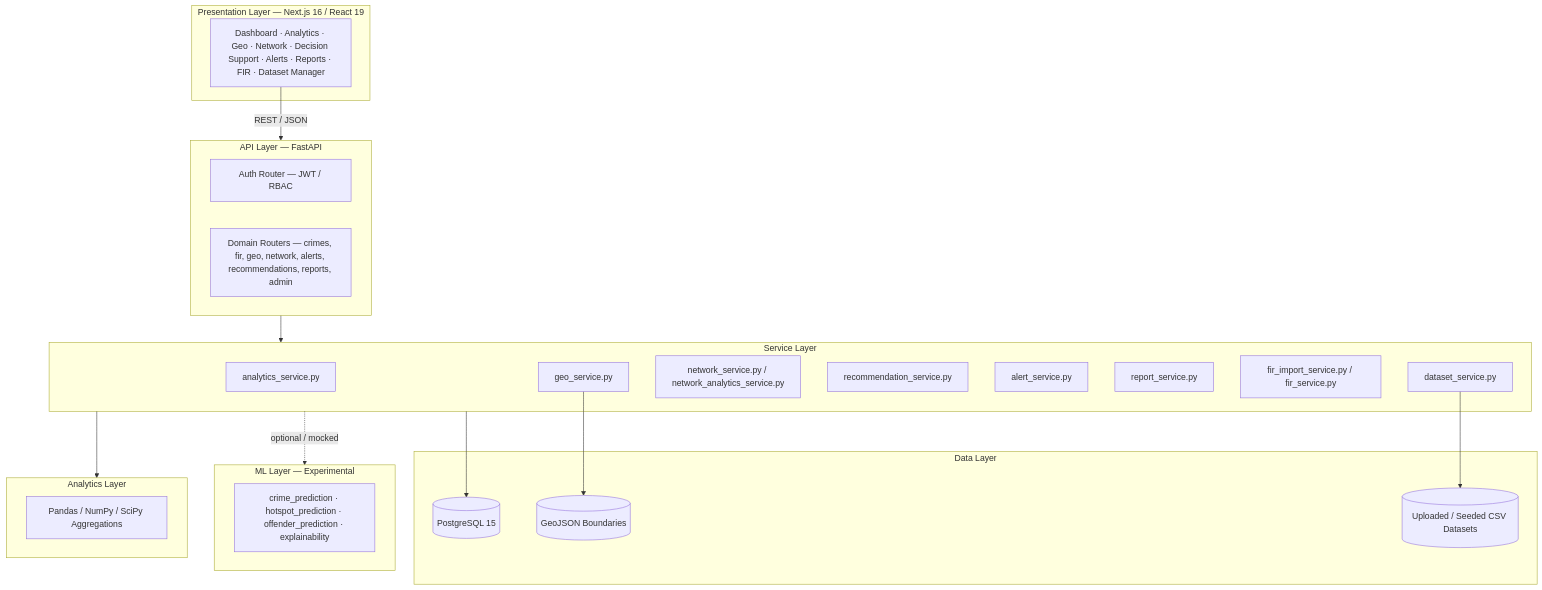
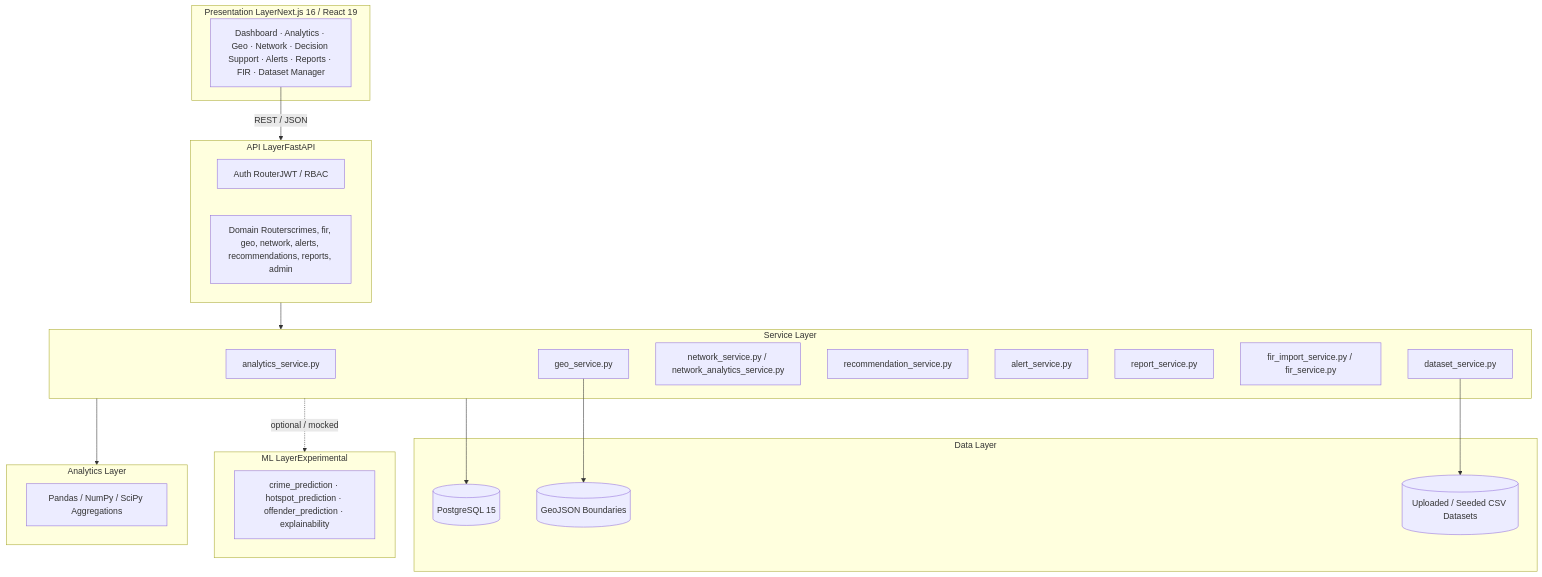
Before and after one commit to InnovateX-SMIT/datathon26: the first of 6 diagrams in README.md, drawn with Mermaid. The commit also changed other lines of this file, not shown here.

````diff
--- a/README.md
+++ b/README.md
@@ -104,44 +115,44 @@
 ```mermaid
 flowchart TB
-    subgraph Client["Presentation Layer — Next.js 16 / React 19"]
-        UI[Dashboard · Analytics · Geo · Network · Decision Support · Alerts · Reports · FIR · Dataset Manager]
-    end
+subgraph Client["Presentation LayerNext.js 16 / React 19"]
+UI[Dashboard · Analytics · Geo · Network · Decision Support · Alerts · Reports · FIR · Dataset Manager]
+end
 
-    subgraph API["API Layer — FastAPI"]
-        Auth[Auth Router — JWT / RBAC]
-        Routers[Domain Routers — crimes, fir, geo, network, alerts, recommendations, reports, admin]
-    end
+subgraph API["API LayerFastAPI"]
+Auth[Auth RouterJWT / RBAC]
+Routers[Domain Routerscrimes, fir, geo, network, alerts, recommendations, reports, admin]
+end
 
-    subgraph Services["Service Layer"]
-        AnalyticsSvc[analytics_service.py]
-        GeoSvc[geo_service.py]
-        NetworkSvc[network_service.py / network_analytics_service.py]
-        RecoSvc[recommendation_service.py]
-        AlertSvc[alert_service.py]
-        ReportSvc[report_service.py]
-        FIRSvc[fir_import_service.py / fir_service.py]
-        DatasetSvc[dataset_service.py]
-    end
+subgraph Services["Service Layer"]
+AnalyticsSvc[analytics_service.py]
+GeoSvc[geo_service.py]
+NetworkSvc[network_service.py / network_analytics_service.py]
+RecoSvc[recommendation_service.py]
+AlertSvc[alert_service.py]
+ReportSvc[report_service.py]
+FIRSvc[fir_import_service.py / fir_service.py]
+DatasetSvc[dataset_service.py]
+end
 
-    subgraph Analytics["Analytics Layer"]
-        Pandas[Pandas / NumPy / SciPy Aggregations]
-    end
+subgraph Analytics["Analytics Layer"]
+Pandas[Pandas / NumPy / SciPy Aggregations]
+end
 
-    subgraph ML["ML Layer — Experimental"]
-        MLStubs[crime_prediction · hotspot_prediction · offender_prediction · explainability]
-    end
+subgraph ML["ML LayerExperimental"]
+MLStubs[crime_prediction · hotspot_prediction · offender_prediction · explainability]
+end
 
-    subgraph Data["Data Layer"]
-        PG[(PostgreSQL 15)]
-        CSV[(Uploaded / Seeded CSV Datasets)]
-        Geo[(GeoJSON Boundaries)]
-    end
+subgraph Data["Data Layer"]
+PG[(PostgreSQL 15)]
+CSV[(Uploaded / Seeded CSV Datasets)]
+Geo[(GeoJSON Boundaries)]
+end
 
-    UI -->|REST / JSON| API
-    API --> Services
-    Services --> Analytics
-    Services -.optional / mocked.-> ML
-    Services --> PG
-    DatasetSvc --> CSV
-    GeoSvc --> Geo
+UI -->|REST / JSON| API
+API --> Services
+Services --> Analytics
+Services -.optional / mocked.-> ML
+Services --> PG
+DatasetSvc --> CSV
+GeoSvc --> Geo
 ```
````
